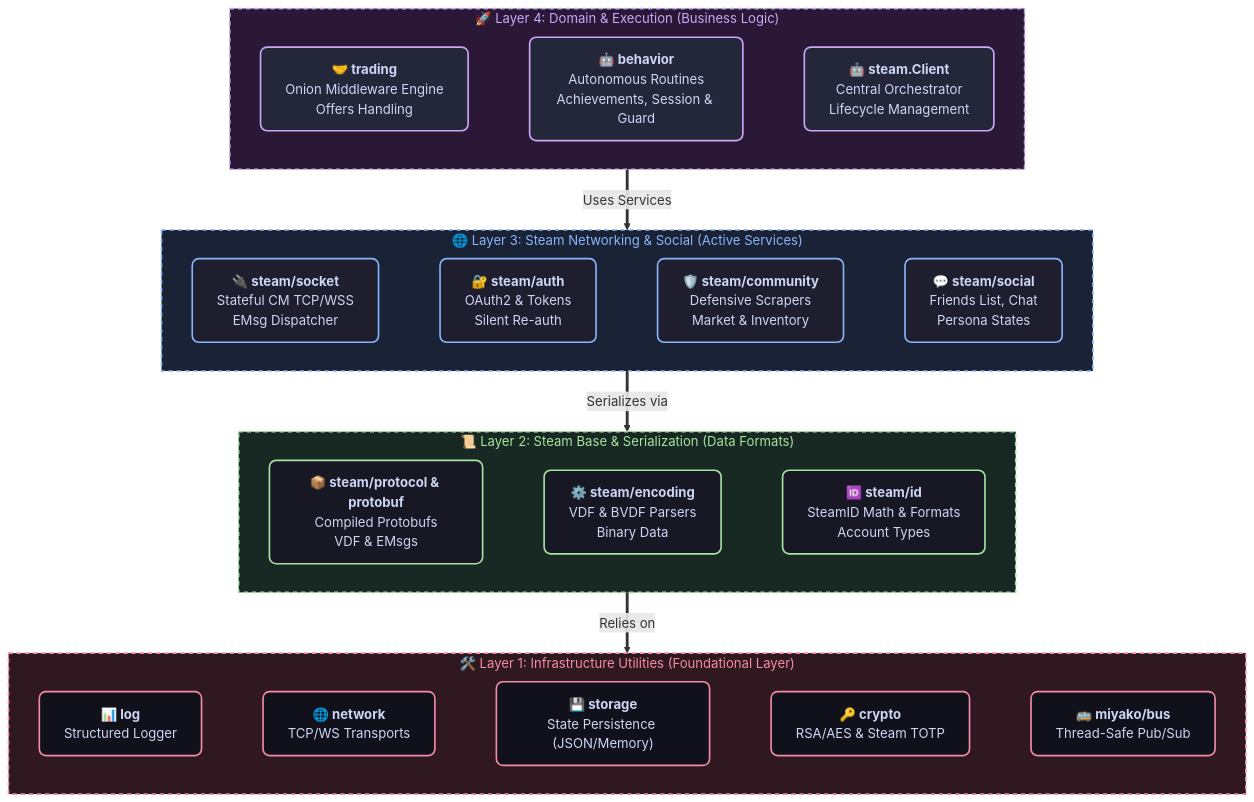
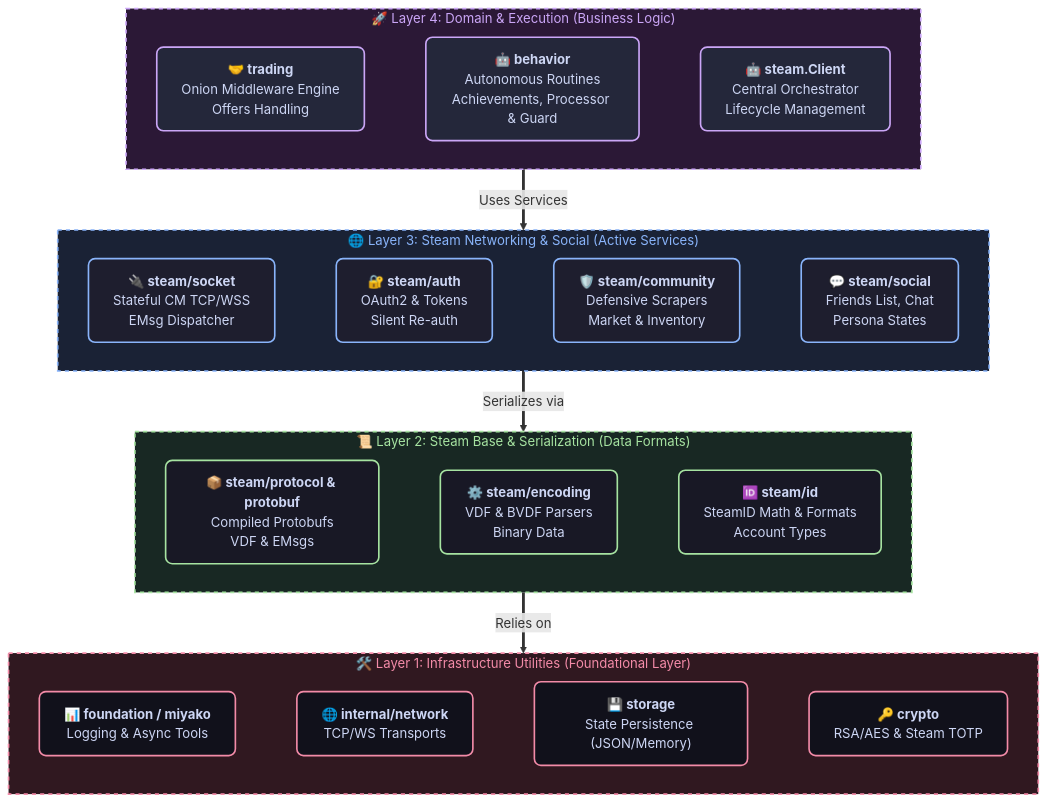
The diagram in pkg/README.md (Lemon4ksan/g-man), drawn with Mermaid before and after one commit. The commit also changed other lines of this file and 425 other files, not shown here.

````diff
--- a/pkg/README.md
+++ b/pkg/README.md
@@ -17,65 +17,63 @@
 ```mermaid
 flowchart TD
     classDef l4_node fill:#24273a,stroke:#cba6f7,stroke-width:2px,color:#cdd6f4,rx:8,ry:8;
     classDef l3_node fill:#1e1e2e,stroke:#89b4fa,stroke-width:2px,color:#cdd6f4,rx:8,ry:8;
     classDef l2_node fill:#181825,stroke:#a6e3a1,stroke-width:2px,color:#cdd6f4,rx:8,ry:8;
     classDef l1_node fill:#11111b,stroke:#f38ba8,stroke-width:2px,color:#cdd6f4,rx:8,ry:8;
 
     subgraph L4 ["🚀 Layer 4: Domain & Execution (Business Logic)"]
         direction LR
         Trading["<b>🤝 trading</b><br/>Onion Middleware Engine<br/>Offers Handling"]
-        Behavior["<b>🤖 behavior</b><br/>Autonomous Routines<br/>Achievements, Session & Guard"]
+        Behavior["<b>🤖 behavior</b><br/>Autonomous Routines<br/>Achievements, Processor & Guard"]
         Client["<b>🤖 steam.Client</b><br/>Central Orchestrator<br/>Lifecycle Management"]
         
         Trading ~~~ Behavior ~~~ Client
     end
     class L4,Trading,Behavior,Client l4_node;
 
     subgraph L3 ["🌐 Layer 3: Steam Networking & Social (Active Services)"]
         direction LR
         Socket["<b>🔌 steam/socket</b><br/>Stateful CM TCP/WSS<br/>EMsg Dispatcher"]
         Auth["<b>🔐 steam/auth</b><br/>OAuth2 & Tokens<br/>Silent Re-auth"]
         Comm["<b>🛡️ steam/community</b><br/>Defensive Scrapers<br/>Market & Inventory"]
         Social["<b>💬 steam/social</b><br/>Friends List, Chat<br/>Persona States"]
         
         Socket ~~~ Auth
         Auth ~~~ Comm
         Comm ~~~ Social
     end
     class L3,Socket,Auth,Comm,Social l3_node;
 
     subgraph L2 ["📜 Layer 2: Steam Base & Serialization (Data Formats)"]
         direction LR
         Protocol["<b>📦 steam/protocol & protobuf</b><br/>Compiled Protobufs<br/>VDF & EMsgs"]
         Encoding["<b>⚙️ steam/encoding</b><br/>VDF & BVDF Parsers<br/>Binary Data"]
         SID["<b>🆔 steam/id</b><br/>SteamID Math & Formats<br/>Account Types"]
         
         Protocol ~~~ Encoding
         Encoding ~~~ SID
     end
     class L2,Protocol,Encoding,SID l2_node;
 
     subgraph L1 ["🛠️ Layer 1: Infrastructure Utilities (Foundational Layer)"]
         direction LR
-        Log["<b>📊 log</b><br/>Structured Logger"]
-        Net["<b>🌐 network</b><br/>TCP/WS Transports"]
+        Foundation["<b>📊 foundation / miyako</b><br/>Logging & Async Tools"]
+        InternalNet["<b>🌐 internal/network</b><br/>TCP/WS Transports"]
         Storage["<b>💾 storage</b><br/>State Persistence (JSON/Memory)"]
         Crypto["<b>🔑 crypto</b><br/>RSA/AES & Steam TOTP"]
-        Bus["<b>🚌 miyako/bus</b><br/>Thread-Safe Pub/Sub"]
         
-        Log ~~~ Net
-        Net ~~~ Storage
+        Foundation ~~~ InternalNet
+        InternalNet ~~~ Storage
         Storage ~~~ Crypto
-        Crypto ~~~ Bus
     end
-    class L1,Log,Net,Storage,Crypto,Bus l1_node;
+    class L1,Foundation,InternalNet,Storage,Crypto l1_node;
 
     L4 ==>|Uses Services| L3
     L3 ==>|Serializes via| L2
     L2 ==>|Relies on| L1
 
     style L4 fill:#2b1836,stroke:#cba6f7,stroke-width:2px,stroke-dasharray: 5 5,color:#cba6f7
     style L3 fill:#1a2235,stroke:#89b4fa,stroke-width:2px,stroke-dasharray: 5 5,color:#89b4fa
     style L2 fill:#182823,stroke:#a6e3a1,stroke-width:2px,stroke-dasharray: 5 5,color:#a6e3a1
     style L1 fill:#301820,stroke:#f38ba8,stroke-width:2px,stroke-dasharray: 5 5,color:#f38ba8
 ```
````
